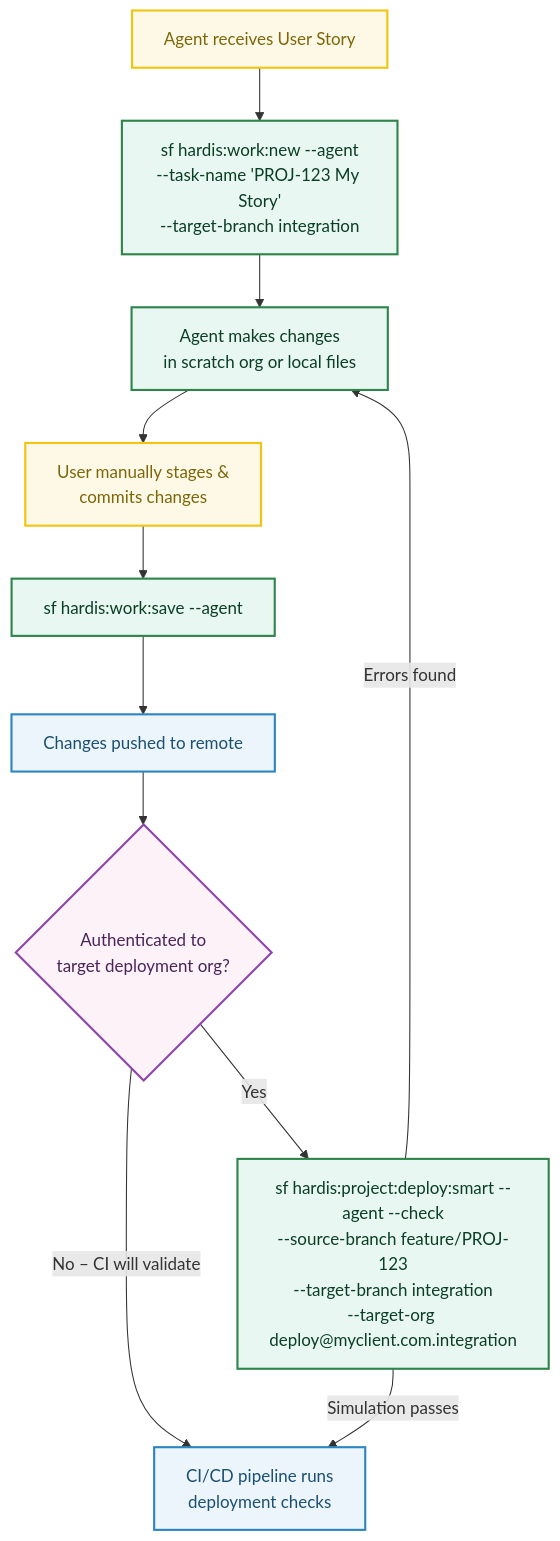
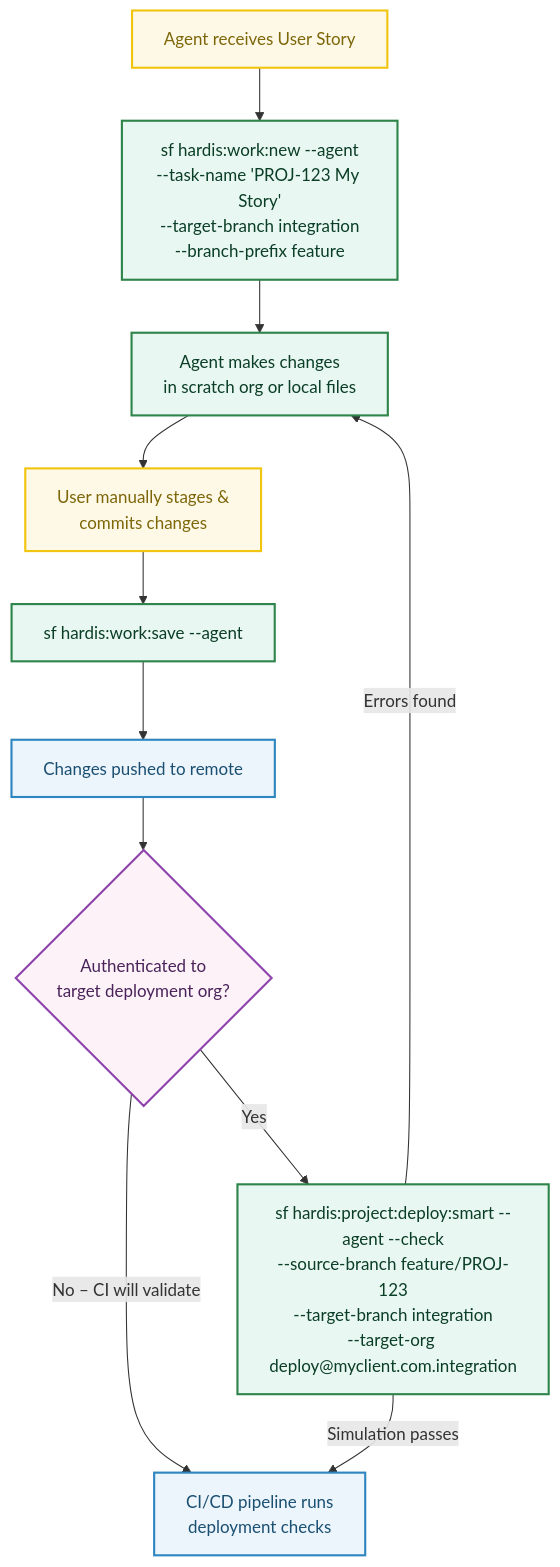
The diagram in docs/salesforce-ci-cd-agent-skills.md (hardisgroupcom/sfdx-hardis), drawn with Mermaid before and after one commit. The commit also changed other lines of this file and 28 other files, not shown here.

````diff
--- a/docs/salesforce-ci-cd-agent-skills.md
+++ b/docs/salesforce-ci-cd-agent-skills.md
@@ -198,23 +199,23 @@
 ```mermaid
 graph TD
-  A[Agent receives User Story] --> B["sf hardis:work:new --agent<br/>--task-name 'PROJ-123 My Story'<br/>--target-branch integration"]
+  A[Agent receives User Story] --> B["sf hardis:work:new --agent<br/>--task-name 'PROJ-123 My Story'<br/>--target-branch integration<br/>--branch-prefix feature"]
   B --> C["Agent makes changes<br/>in scratch org or local files"]
   C --> D["User manually stages &<br/>commits changes"]
   D --> E["sf hardis:work:save --agent"]
   E --> F[Changes pushed to remote]
   F --> G{Authenticated to<br/>target deployment org?}
   G -->|Yes| H["sf hardis:project:deploy:smart --agent --check<br/>--source-branch feature/PROJ-123<br/>--target-branch integration<br/>--target-org deploy@myclient.com.integration"]
   G -->|No – CI will validate| I["CI/CD pipeline runs<br/>deployment checks"]
   H -->|Simulation passes| I
   H -->|Errors found| C
 
   classDef agent fill:#E8F7F1,stroke:#2E844A,stroke-width:2px,color:#0B3E26;
   classDef cicd fill:#EBF5FB,stroke:#2E86C1,stroke-width:2px,color:#1B4F72;
   classDef user fill:#FEF9E7,stroke:#F1C40F,stroke-width:2px,color:#7D6608;
   classDef decision fill:#FDF2F8,stroke:#8E44AD,stroke-width:2px,color:#4A235A;
 
   class A,D user;
   class B,C,E,H agent;
   class F,I cicd;
   class G decision;
 ```
````
